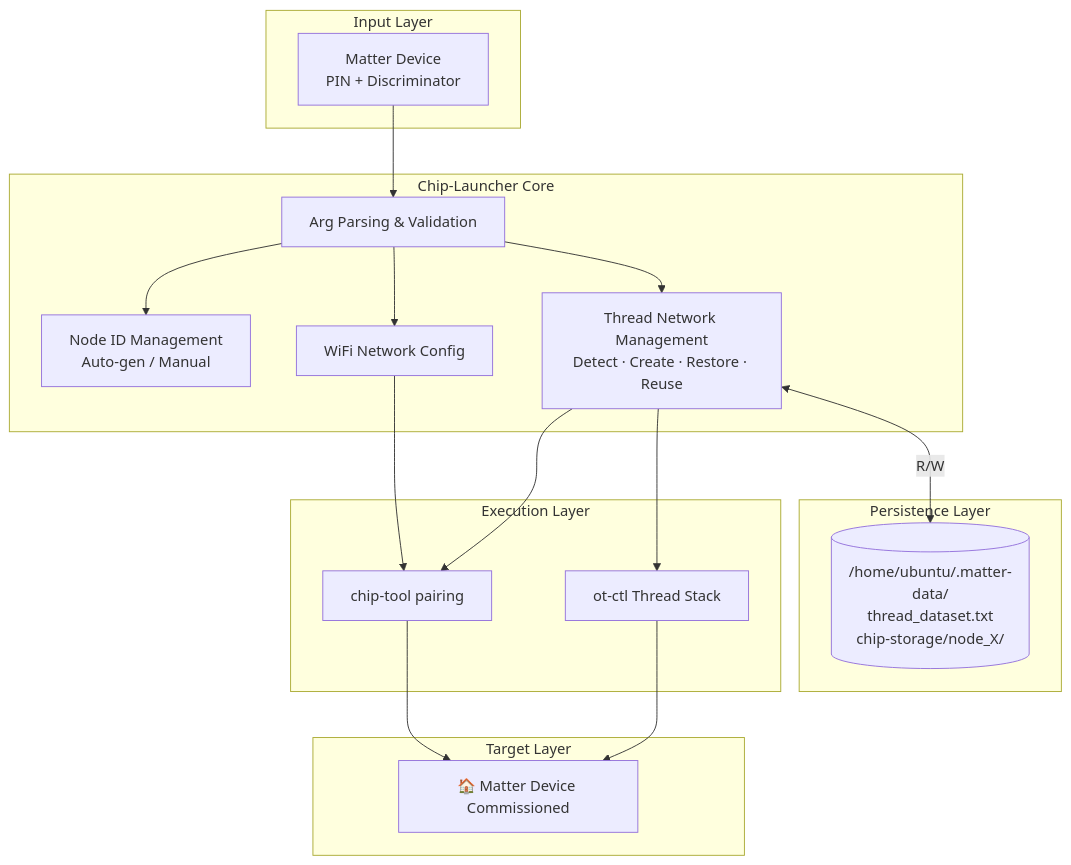
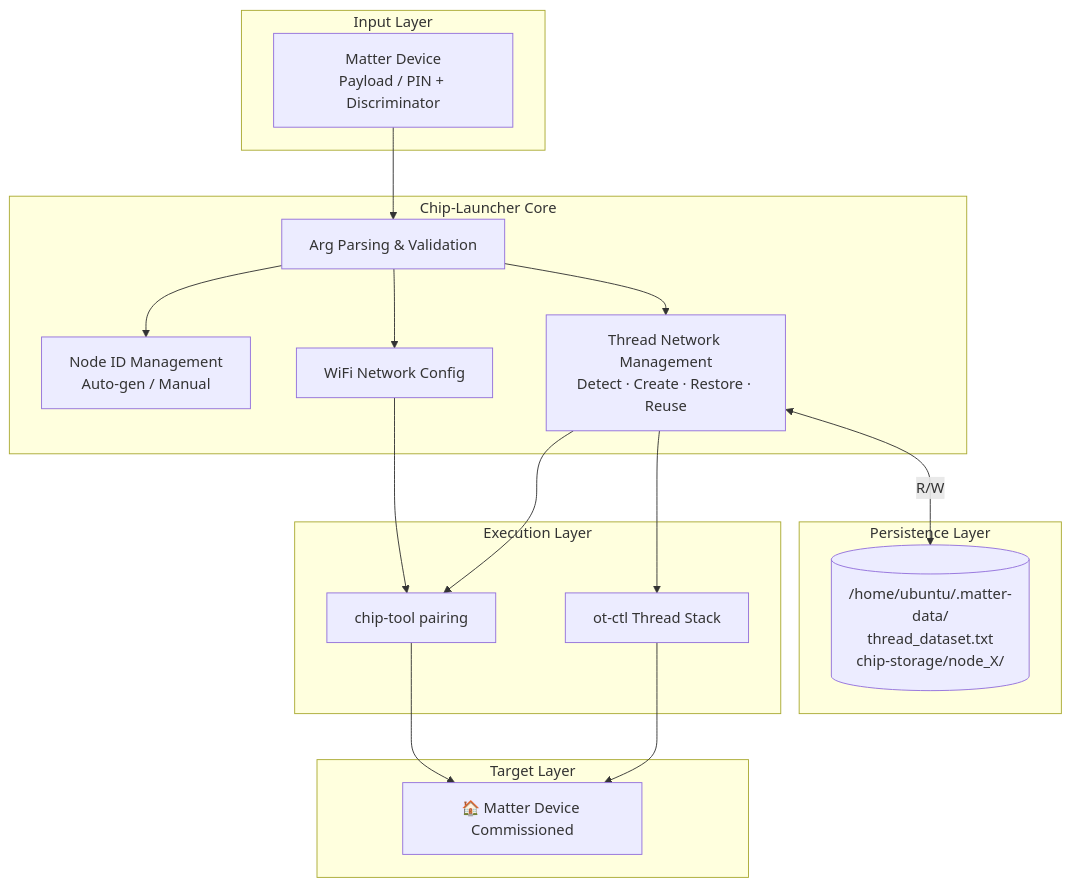
The first of 3 diagrams in README_EN.md (BobXianQ/Chip-Launcher-ForMatter), drawn with Mermaid before and after one commit. The commit also changed other lines of this file and 2 other files, not shown here.

First line of the commit message:
feat(script): support Matter setup payload auto-parsing mode (v4.05.630)

````diff
--- a/README_EN.md
+++ b/README_EN.md
@@ -42,37 +42,37 @@
 ```mermaid
 flowchart TB
     subgraph Input["Input Layer"]
-        A[Matter Device<br/>PIN + Discriminator]
+        A[Matter Device<br/>Payload / PIN + Discriminator]
     end
 
     subgraph Core["Chip-Launcher Core"]
         B[Arg Parsing & Validation]
         C[Node ID Management<br/>Auto-gen / Manual]
         D[Thread Network Management<br/>Detect · Create · Restore · Reuse]
         E[WiFi Network Config]
     end
 
     subgraph Storage["Persistence Layer"]
         F[("/home/ubuntu/.matter-data/<br/>thread_dataset.txt<br/>chip-storage/node_X/")]
     end
 
     subgraph Runtime["Execution Layer"]
         G[chip-tool pairing]
         H[ot-ctl Thread Stack]
     end
 
     subgraph Target["Target Layer"]
         I[🏠 Matter Device Commissioned]
     end
 
     A --> B
     B --> C
     B --> D
     B --> E
     D <-->|R/W| F
     D --> H
     E --> G
     D --> G
     G --> I
     H --> I
 ```
````
